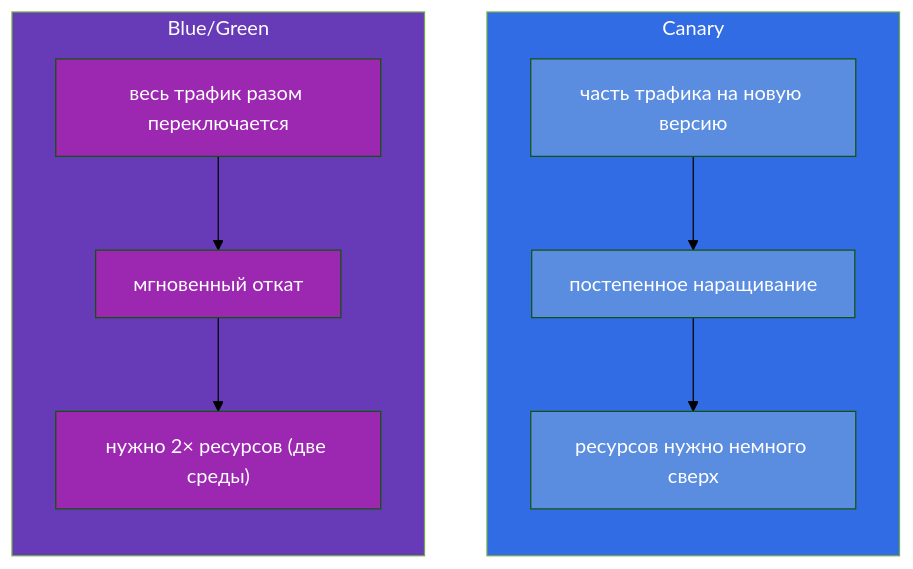
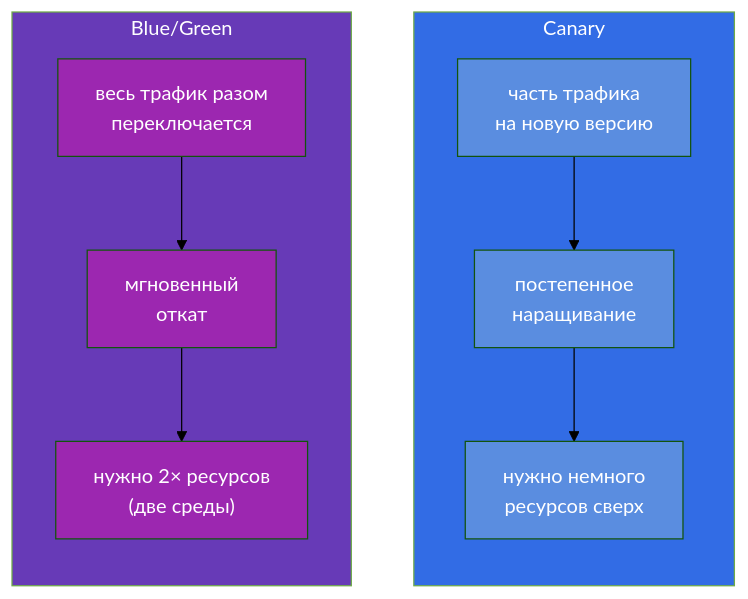
One commit to ViktorUJ/cks changed the sixth of 6 diagrams in tasks/cka/course/09/ru.md. Above: the diagram before and after it, drawn with Mermaid (forest theme). The commit also changed other lines of this file and 1 other file, not shown here.

````diff
--- a/tasks/cka/course/09/ru.md
+++ b/tasks/cka/course/09/ru.md
@@ -163,19 +163,19 @@
 ```mermaid
 flowchart TB
     subgraph Canary["Canary"]
         direction TB
-        ca1["часть трафика на новую версию"] --> ca2["постепенное наращивание"] --> ca3["ресурсов нужно немного сверх"]
+        ca1["часть трафика<br>на новую версию"] --> ca2["постепенное<br>наращивание"] --> ca3["нужно немного<br>ресурсов сверх"]
     end
     subgraph BG["Blue/Green"]
         direction TB
-        bg1["весь трафик разом переключается"] --> bg2["мгновенный откат"] --> bg3["нужно 2× ресурсов (две среды)"]
+        bg1["весь трафик разом<br>переключается"] --> bg2["мгновенный<br>откат"] --> bg3["нужно 2× ресурсов<br>(две среды)"]
     end
     style Canary fill:#326ce5,color:#fff
     style BG fill:#673ab7,color:#fff
     style ca1 fill:#5a8de0,color:#fff
     style ca2 fill:#5a8de0,color:#fff
     style ca3 fill:#5a8de0,color:#fff
     style bg1 fill:#9c27b0,color:#fff
     style bg2 fill:#9c27b0,color:#fff
     style bg3 fill:#9c27b0,color:#fff
 ```
````
